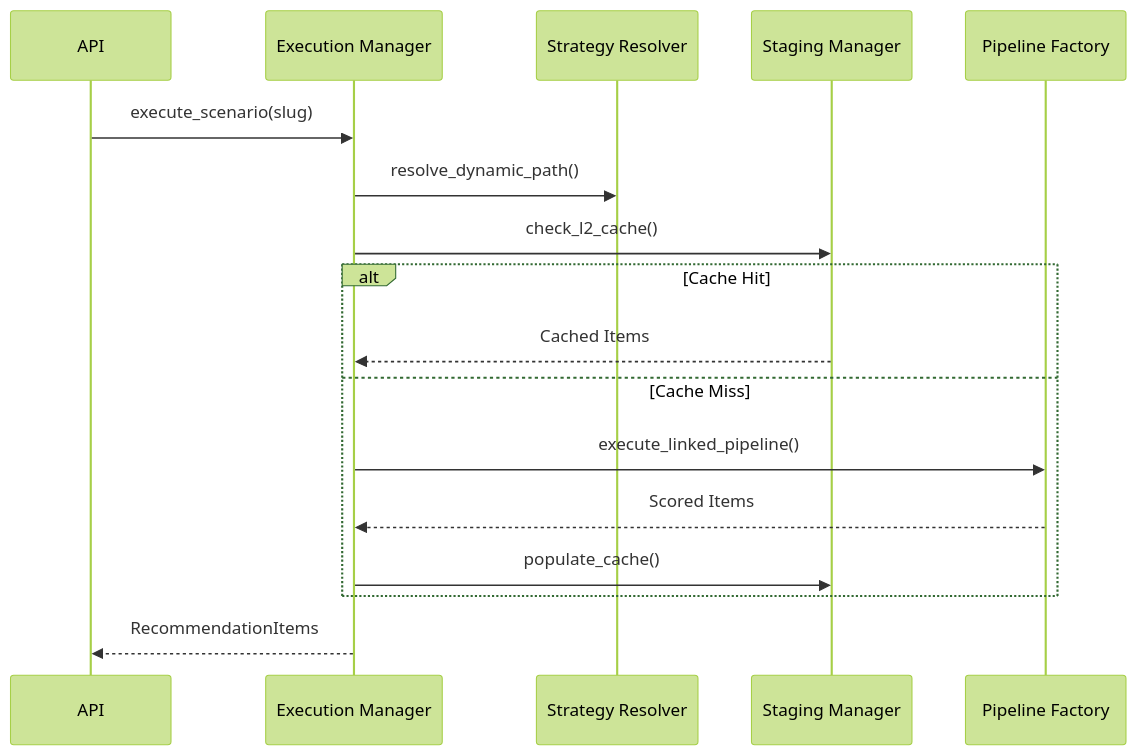
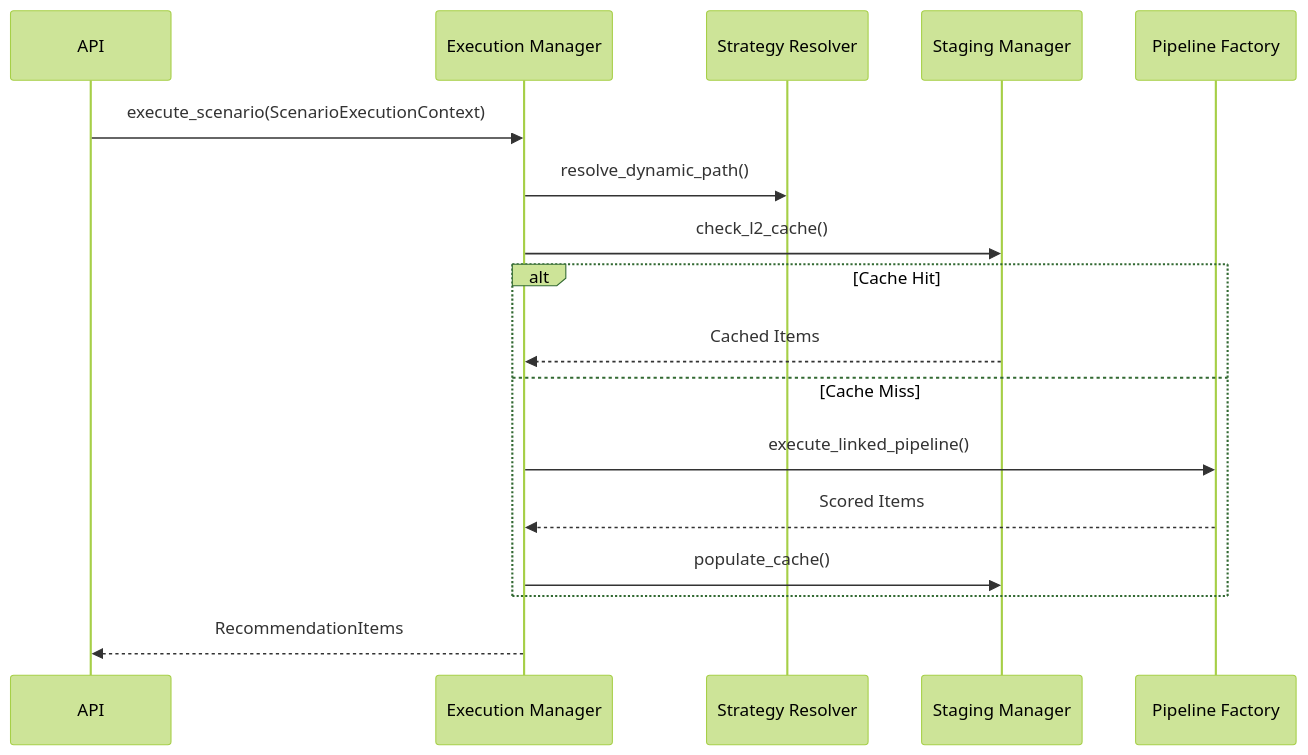
One commit to adiozdaniel/bongas-ai changed the diagram in src/engine/execution/core/execution_manager/README.md. Above: the diagram before and after it, drawn with Mermaid (forest theme). The commit also changed 2 other files, not shown here.

Commit message:
refactor(execution): implement ScenarioExecutionContext with CacheEntryPayload
  details:
   - introduced ScenarioExecutionContext to encapsulate all parameters for recommendation execution, including profile_id,
     maturity_rating, and device_type
   - refactored ExecutionManager to accept the new execution context, reducing method signature complexity
   - updated StagingManager to use the CacheEntryPayload DTO for L3 cache persistence
   - synchronized request consolidation and experiment assignment with the new structured context
   - updated execution manager documentation and sequence diagrams to reflect the DTO-based orchestration

  impact:
   - improves architectural decoupling by providing a unified interface for scenario execution
   - reduces cognitive load when managing complex execution parameters and context hashing
   - ensures consistent request handling across the execution pillar and its supporting cache layers

````diff
--- a/src/engine/execution/core/execution_manager/README.md
+++ b/src/engine/execution/core/execution_manager/README.md
@@ -9,20 +9,20 @@
 ```mermaid
 sequenceDiagram
     participant API
     participant Exec as Execution Manager
     participant Strat as Strategy Resolver
     participant Stage as Staging Manager
     participant Pipe as Pipeline Factory
 
-    API->>Exec: execute_scenario(slug)
+    API->>Exec: execute_scenario(ScenarioExecutionContext)
     Exec->>Strat: resolve_dynamic_path()
     Exec->>Stage: check_l2_cache()
     alt Cache Hit
         Stage-->>Exec: Cached Items
     else Cache Miss
         Exec->>Pipe: execute_linked_pipeline()
         Pipe-->>Exec: Scored Items
         Exec->>Stage: populate_cache()
     end
     Exec-->>API: RecommendationItems
 ```
````
